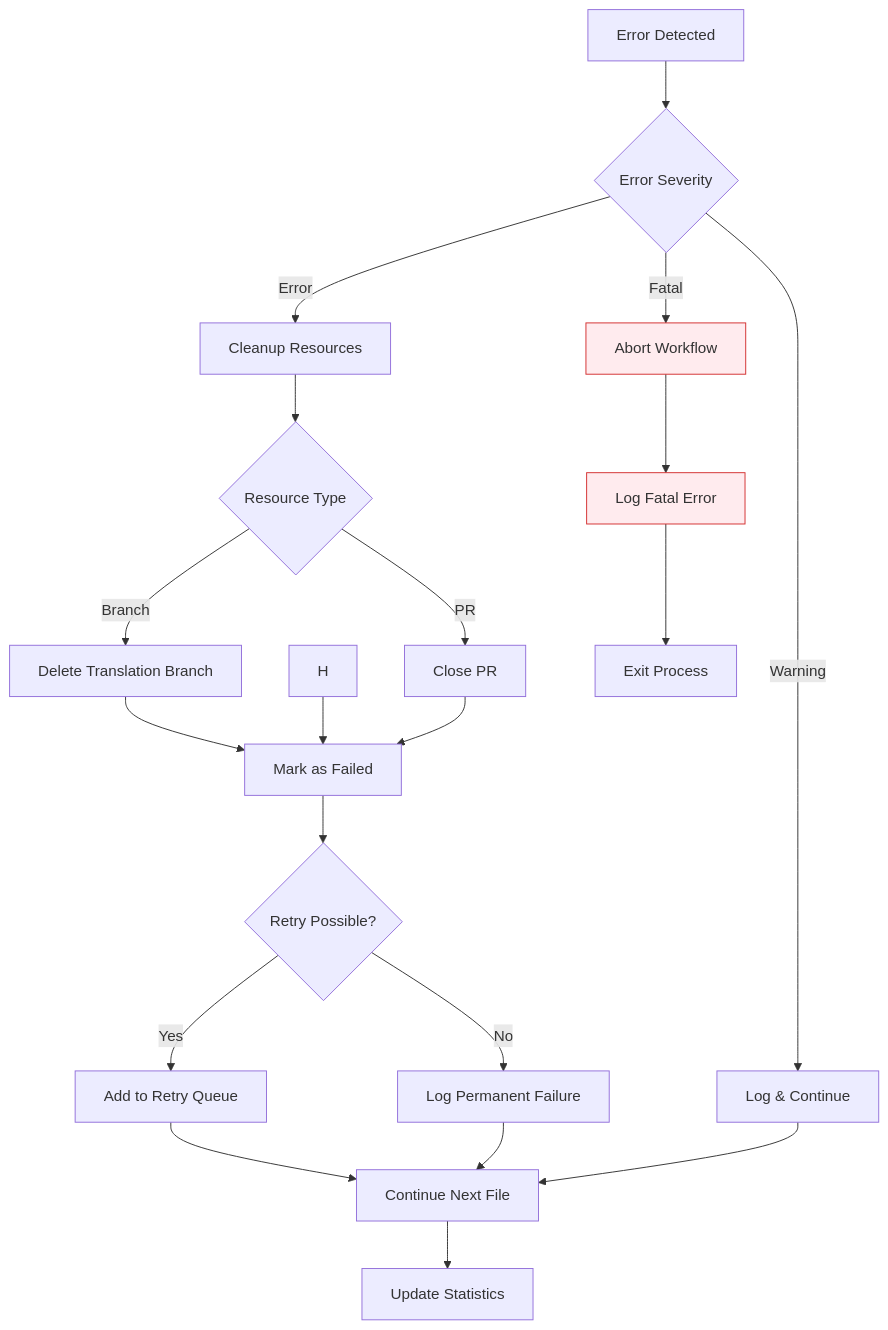
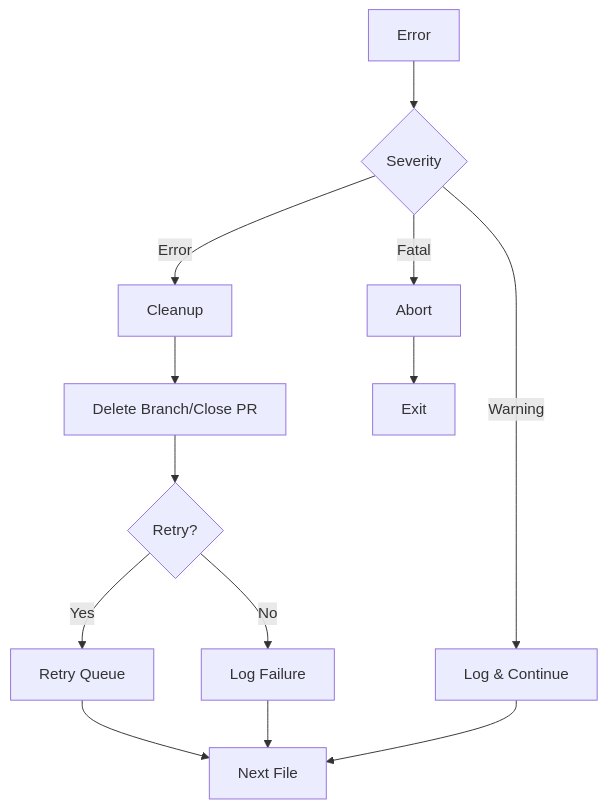
Before and after one commit to NivaldoFarias/translate-react: the eighth of 8 diagrams in docs/WORKFLOW.md, drawn with Mermaid. The commit also changed other lines of this file and 3 other files, not shown here.

````diff
--- a/docs/WORKFLOW.md
+++ b/docs/WORKFLOW.md
@@ -476,32 +187,15 @@
 ```mermaid
 flowchart TD
-    A[Error Detected] --> B{Error Severity}
-
+    A[Error] --> B{Severity}
     B -->|Warning| C[Log & Continue]
-    B -->|Error| D[Cleanup Resources]
-    B -->|Fatal| E[Abort Workflow]
-
-    D --> F{Resource Type}
-    F -->|Branch| G[Delete Translation Branch]
-    F -->|PR| I[Close PR]
-
-    G --> J[Mark as Failed]
-    H --> J
+    B -->|Error| D[Cleanup]
+    B -->|Fatal| E[Abort]
+    D --> F[Delete Branch/Close PR]
+    F --> G{Retry?}
+    G -->|Yes| H[Retry Queue]
+    G -->|No| I[Log Failure]
+    H --> J[Next File]
     I --> J
-
-    J --> K{Retry Possible?}
-    K -->|Yes| L[Add to Retry Queue]
-    K -->|No| M[Log Permanent Failure]
-
-    L --> N[Continue Next File]
-    M --> N
-
-    E --> O[Log Fatal Error]
-    O --> P[Exit Process]
-
-    C --> N
-    N --> Q[Update Statistics]
-
-    style E fill:#ffebee,stroke:#d32f2f
-    style O fill:#ffebee,stroke:#d32f2f
+    C --> J
+    E --> K[Exit]
 ```
````
